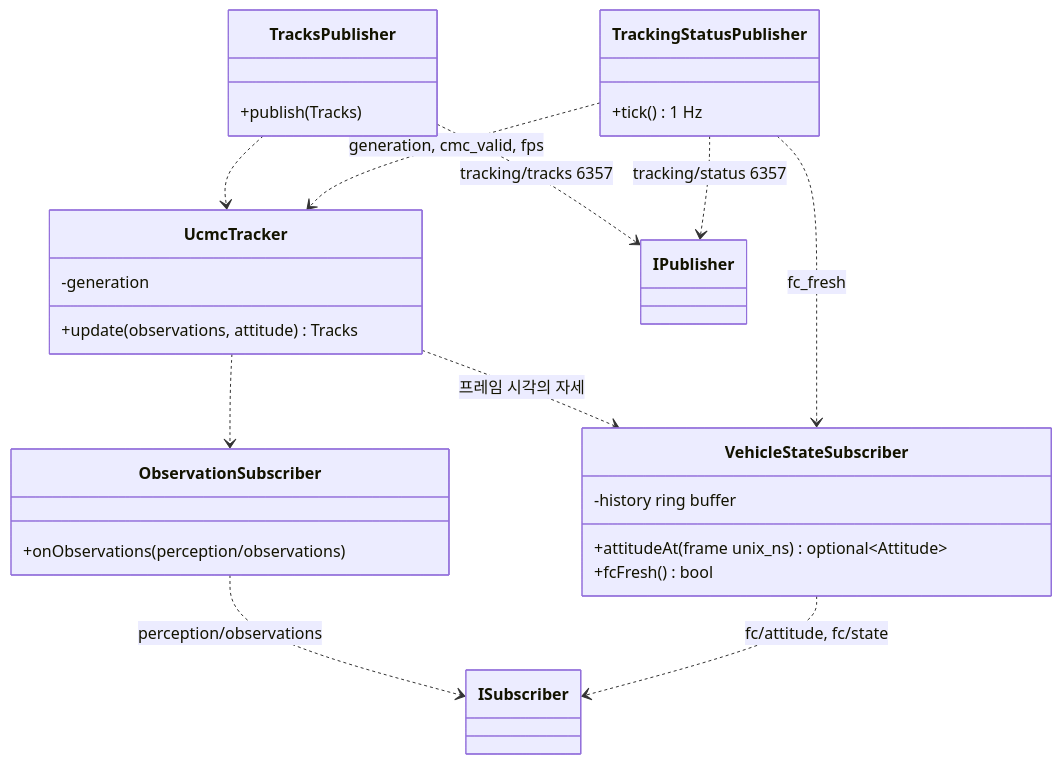
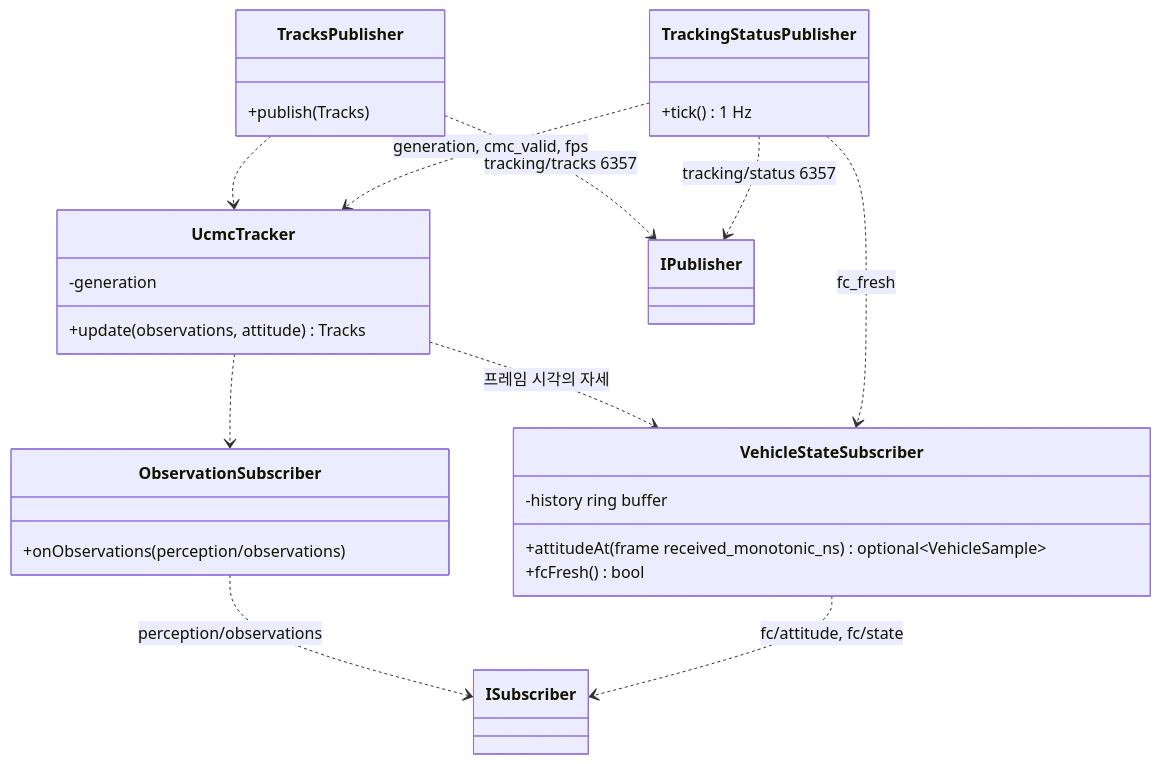
Before and after one commit to lig-argus/argus-edge-vision: the diagram in docs/design/uml/class_tracker.md, drawn with Mermaid. The commit also changed other lines of this file and 5 other files, not shown here.

First line of the commit message:
docs: UML 에 추적·추종 담당 리뷰 반영

````diff
--- a/docs/design/uml/class_tracker.md
+++ b/docs/design/uml/class_tracker.md
@@ -9,30 +9,30 @@
 ```mermaid
 classDiagram
     class ObservationSubscriber {
         +onObservations(perception/observations)
     }
     class VehicleStateSubscriber {
         -history ring buffer
-        +attitudeAt(frame unix_ns) optional~Attitude~
+        +attitudeAt(frame received_monotonic_ns) optional~VehicleSample~
         +fcFresh() bool
     }
     class UcmcTracker {
         -generation
         +update(observations, attitude) Tracks
     }
     class TracksPublisher {
         +publish(Tracks)
     }
     class TrackingStatusPublisher {
         +tick() 1 Hz
     }
     ObservationSubscriber ..> ISubscriber : perception/observations
     VehicleStateSubscriber ..> ISubscriber : fc/attitude, fc/state
     UcmcTracker ..> ObservationSubscriber
     UcmcTracker ..> VehicleStateSubscriber : 프레임 시각의 자세
     TracksPublisher ..> UcmcTracker
     TracksPublisher ..> IPublisher : tracking/tracks 6357
     TrackingStatusPublisher ..> UcmcTracker : generation, cmc_valid, fps
     TrackingStatusPublisher ..> VehicleStateSubscriber : fc_fresh
     TrackingStatusPublisher ..> IPublisher : tracking/status 6357
 ```
````
